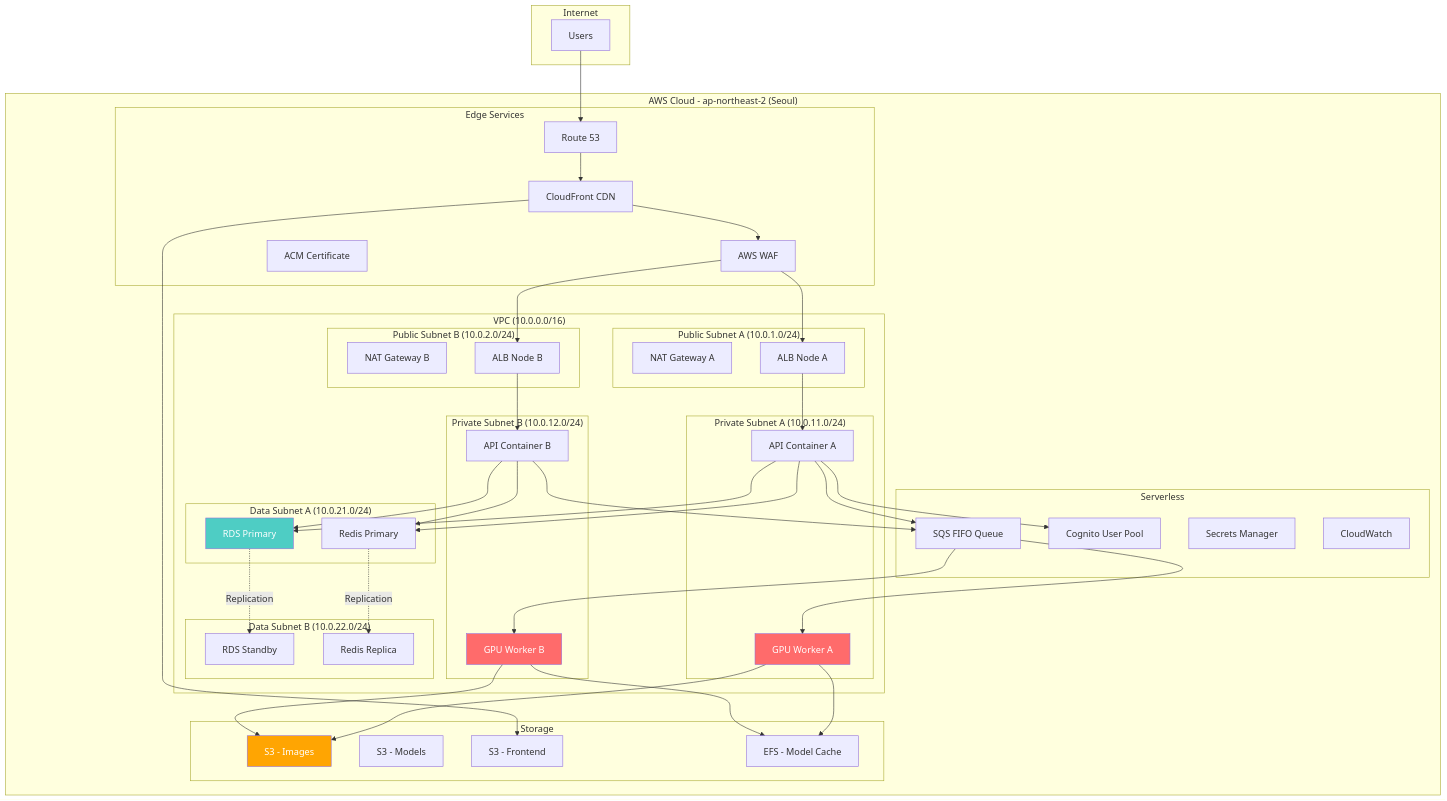
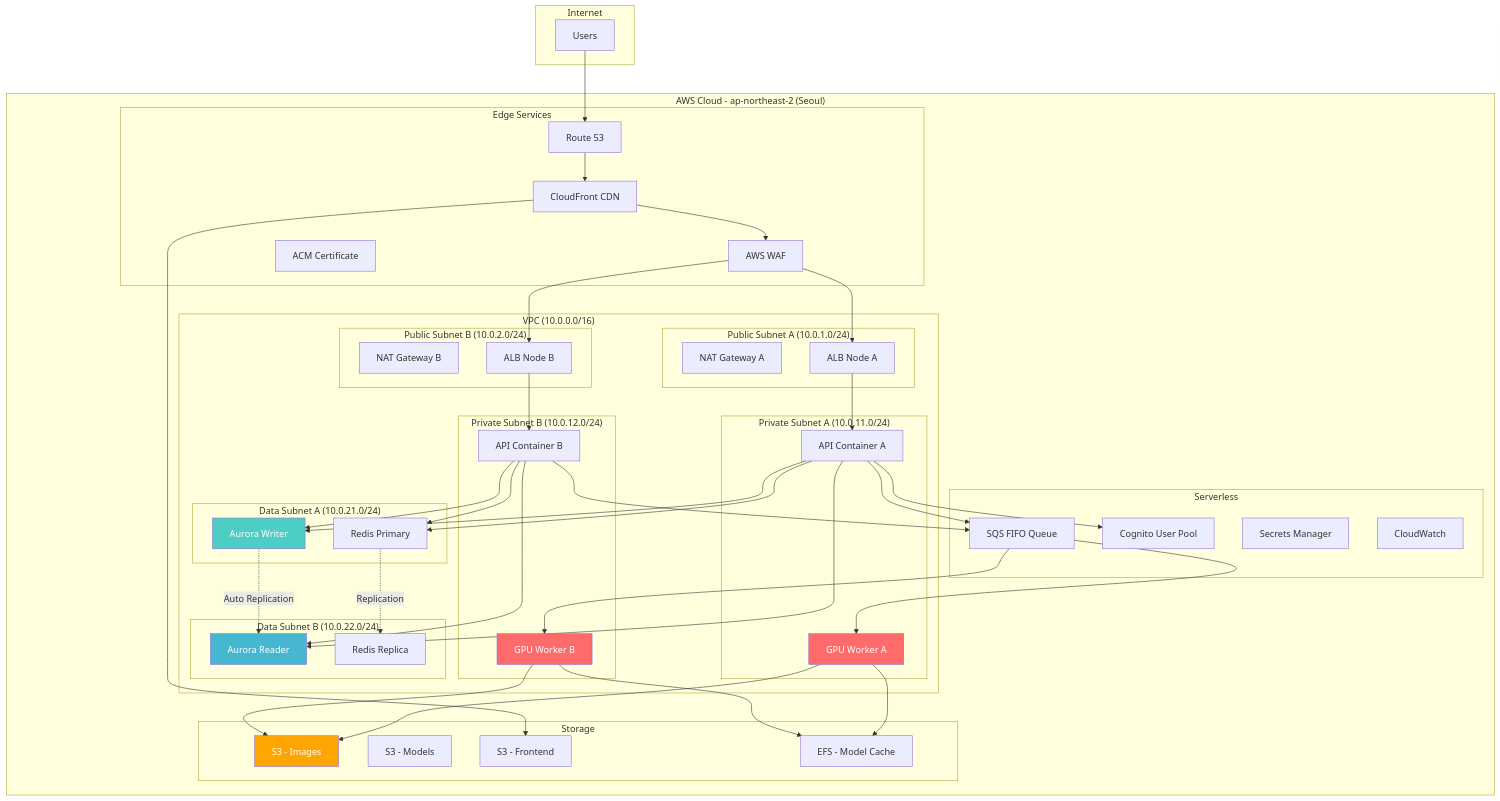
The first of 8 diagrams in docs/saas-analysis/06_AWS_DEPLOYMENT_GUIDE.md (Pinksea-AI/InvokeAI), drawn with Mermaid before and after one commit. The commit also changed other lines of this file, not shown here.

First line of the commit message:
docs: Doc 06 전면 재작성 - Aurora PostgreSQL + 멀티테넌트 + DevOps

````diff
--- a/docs/saas-analysis/06_AWS_DEPLOYMENT_GUIDE.md
+++ b/docs/saas-analysis/06_AWS_DEPLOYMENT_GUIDE.md
@@ -60,12 +62,12 @@
             end
 
             subgraph "Data Subnet A (10.0.21.0/24)"
-                RDS_A["RDS Primary"]
+                AURORA_W["Aurora Writer"]
                 REDIS_A["Redis Primary"]
             end
 
             subgraph "Data Subnet B (10.0.22.0/24)"
-                RDS_B["RDS Standby"]
+                AURORA_R["Aurora Reader"]
                 REDIS_B["Redis Replica"]
             end
         end
@@ -97,8 +99,10 @@
 
     API_A --> SQS
     API_B --> SQS
-    API_A --> RDS_A
-    API_B --> RDS_A
+    API_A --> AURORA_W
+    API_B --> AURORA_W
+    API_A --> AURORA_R
+    API_B --> AURORA_R
     API_A --> REDIS_A
     API_B --> REDIS_A
     API_A --> COG
@@ -110,11 +114,12 @@
     GW_A --> EFS
     GW_B --> EFS
 
-    RDS_A -.->|"Replication"| RDS_B
+    AURORA_W -.->|"Auto Replication"| AURORA_R
     REDIS_A -.->|"Replication"| REDIS_B
 
     style GW_A fill:#ff6b6b,color:#fff
     style GW_B fill:#ff6b6b,color:#fff
-    style RDS_A fill:#4ecdc4,color:#fff
+    style AURORA_W fill:#4ecdc4,color:#fff
+    style AURORA_R fill:#45b7d1,color:#fff
     style S3_IMG fill:#ffa502,color:#fff
 ```
````
